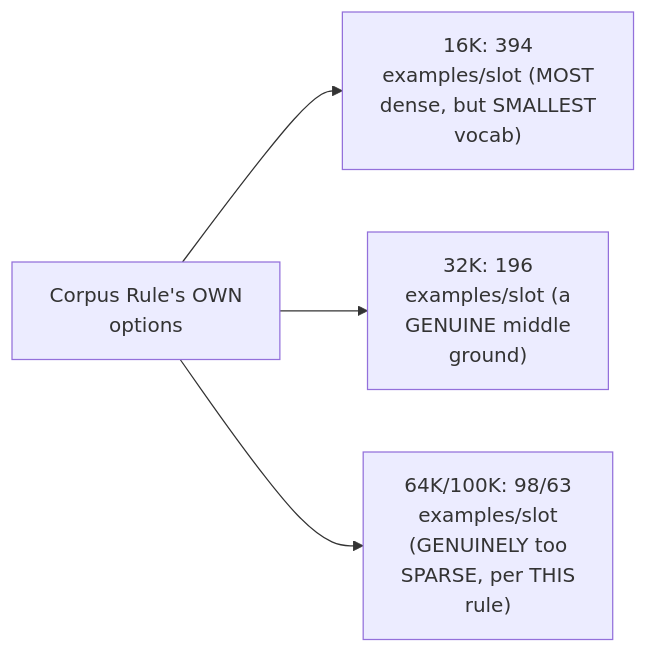
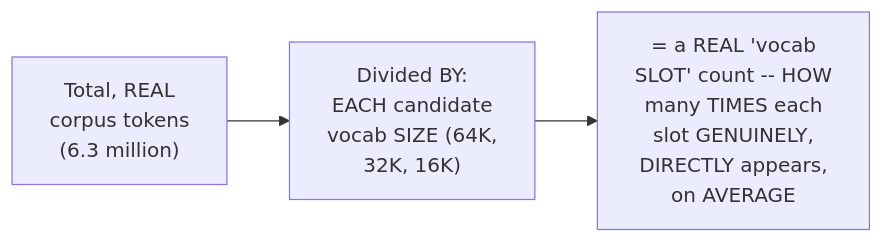
One commit to sanjeevpalla/Notes changed the fourth of 27 diagrams in LLM Production AI Engineering/1. AI Foundations/2. Tokenization/4. Resolving the Vocabulary-Size Conflict.md. Above: the diagram before and after it, drawn with Mermaid. The commit also changed other lines of this file and 7 other files, not shown here.

````diff
--- a/LLM Production AI Engineering/1. AI Foundations/2. Tokenization/4. Resolving the Vocabulary-Size Conflict.md
+++ b/LLM Production AI Engineering/1. AI Foundations/2. Tokenization/4. Resolving the Vocabulary-Size Conflict.md
@@ -151,6 +132,5 @@
 ```mermaid
 flowchart LR
-    A["Corpus Rule's OWN<br/>options"] --> B["16K: 394<br/>examples/slot (MOST<br/>dense, but SMALLEST<br/>vocab)"]
-    A --> C["32K: 196<br/>examples/slot (a<br/>GENUINE middle<br/>ground)"]
-    A --> D["64K/100K: 98/63<br/>examples/slot<br/>(GENUINELY too<br/>SPARSE, per THIS<br/>rule)"]
+    A["Total, REAL<br/>corpus tokens<br/>(6.3 million)"] --> B["Divided BY:<br/>EACH candidate<br/>vocab SIZE (64K,<br/>32K, 16K)"]
+    B --> C["= a REAL 'vocab<br/>SLOT' count -- HOW<br/>many TIMES each<br/>slot GENUINELY,<br/>DIRECTLY appears,<br/>on AVERAGE"]
 ```
````
